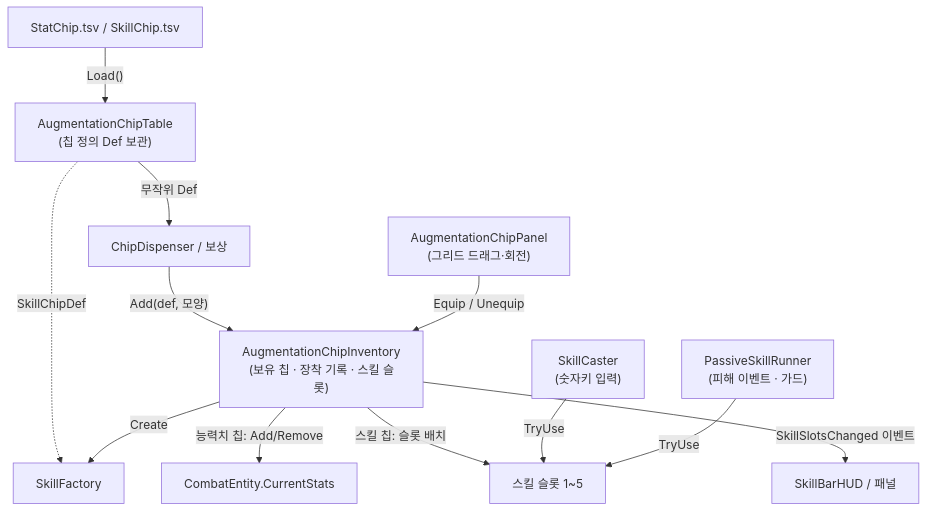
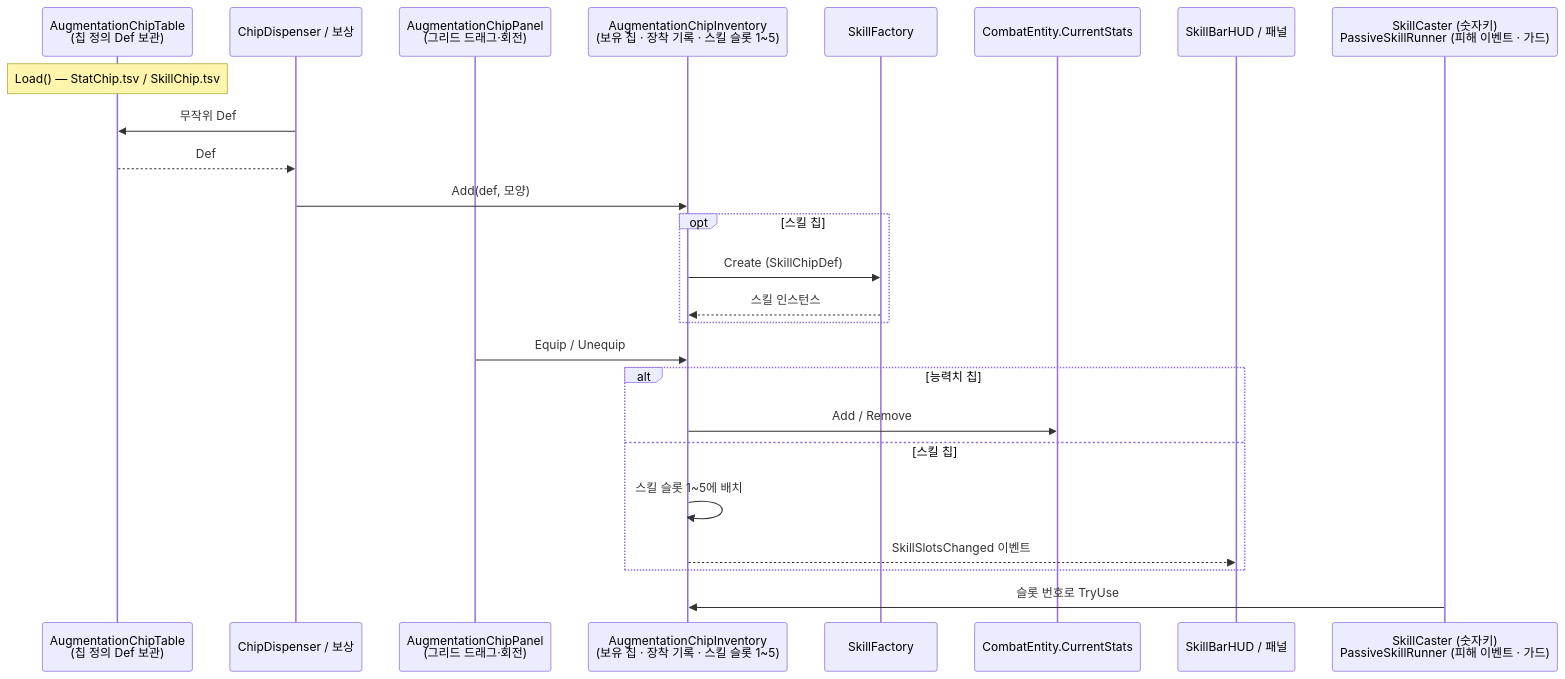
The second of 4 diagrams in src/3-Oddity/기술문서_초안_증강칩시스템.md (parksooha102-ai/portfolio), drawn with Mermaid before and after one commit. The commit also changed other lines of this file and 1 other file, not shown here.

Commit message:
3번 문서: 백팩 히어로 비교 그림 추가, 2장 전체 흐름을 시퀀스 다이어그램으로

````diff
--- a/src/3-Oddity/기술문서_초안_증강칩시스템.md
+++ b/src/3-Oddity/기술문서_초안_증강칩시스템.md
@@ -109,14 +113,30 @@
 ```mermaid
-flowchart TD
-    TSV["StatChip.tsv / SkillChip.tsv"] -->|"Load()"| TABLE["AugmentationChipTable<br/>(칩 정의 Def 보관)"]
-    TABLE -->|"무작위 Def"| DISP["ChipDispenser / 보상"]
-    DISP -->|"Add(def, 모양)"| INV["AugmentationChipInventory<br/>(보유 칩 · 장착 기록 · 스킬 슬롯)"]
-    TABLE -.->|"SkillChipDef"| FAC["SkillFactory"]
-    INV -->|"Create"| FAC
-    PANEL["AugmentationChipPanel<br/>(그리드 드래그·회전)"] -->|"Equip / Unequip"| INV
-    INV -->|"능력치 칩: Add/Remove"| STATS["CombatEntity.CurrentStats"]
-    INV -->|"스킬 칩: 슬롯 배치"| SLOT["스킬 슬롯 1~5"]
-    CASTER["SkillCaster<br/>(숫자키 입력)"] -->|"TryUse"| SLOT
-    PASSIVE["PassiveSkillRunner<br/>(피해 이벤트 · 가드)"] -->|"TryUse"| SLOT
-    INV -->|"SkillSlotsChanged 이벤트"| HUD["SkillBarHUD / 패널"]
+sequenceDiagram
+    participant TABLE as AugmentationChipTable<br/>(칩 정의 Def 보관)
+    participant DISP as ChipDispenser / 보상
+    participant PANEL as AugmentationChipPanel<br/>(그리드 드래그·회전)
+    participant INV as AugmentationChipInventory<br/>(보유 칩 · 장착 기록 · 스킬 슬롯 1~5)
+    participant FAC as SkillFactory
+    participant STATS as CombatEntity.CurrentStats
+    participant HUD as SkillBarHUD / 패널
+    participant USE as SkillCaster (숫자키)<br/>PassiveSkillRunner (피해 이벤트 · 가드)
+
+    Note over TABLE: Load() — StatChip.tsv / SkillChip.tsv
+    DISP->>TABLE: 무작위 Def
+    TABLE-->>DISP: Def
+    DISP->>INV: Add(def, 모양)
+    opt 스킬 칩
+        INV->>FAC: Create (SkillChipDef)
+        FAC-->>INV: 스킬 인스턴스
+    end
+
+    PANEL->>INV: Equip / Unequip
+    alt 능력치 칩
+        INV->>STATS: Add / Remove
+    else 스킬 칩
+        INV->>INV: 스킬 슬롯 1~5에 배치
+        INV-->>HUD: SkillSlotsChanged 이벤트
+    end
+
+    USE->>INV: 슬롯 번호로 TryUse
 ```
````
